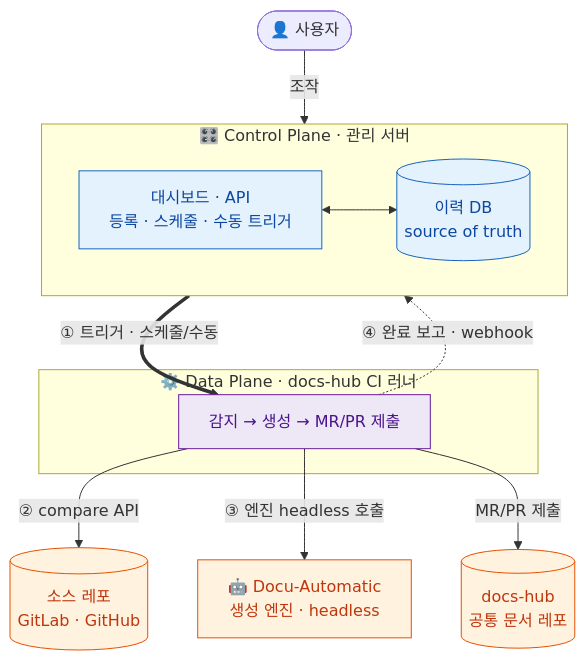
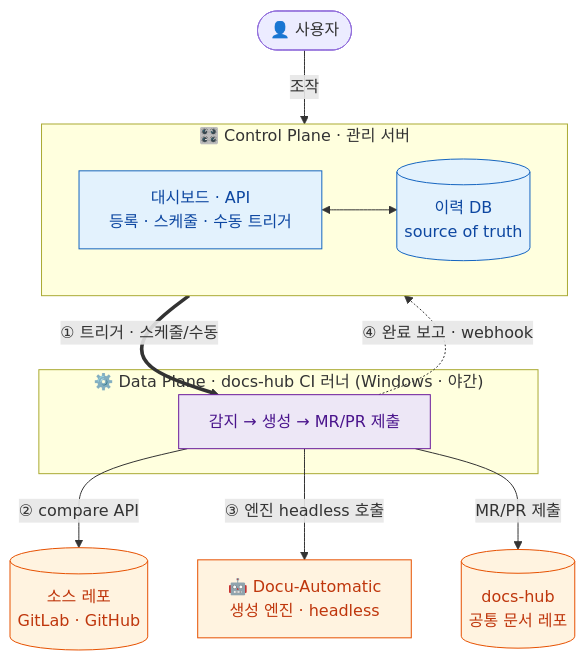
Before and after one commit to rhkdguskim/wiki-pipeline: the first of 2 diagrams in wiki/overview.md, drawn with Mermaid. The commit also changed other lines of this file and 86 other files, not shown here.

````diff
--- a/wiki/overview.md
+++ b/wiki/overview.md
@@ -15,33 +20,33 @@
 ```mermaid
 flowchart TB
     User(["👤 사용자"])
 
     subgraph CP["🎛️ Control Plane · 관리 서버"]
         direction LR
         Dash["대시보드 · API<br/>등록 · 스케줄 · 수동 트리거"]
         DB[("이력 DB<br/>source of truth")]
         Dash <--> DB
     end
 
-    subgraph DP["⚙️ Data Plane · docs-hub CI 러너"]
+    subgraph DP["⚙️ Data Plane · docs-hub CI 러너 (Windows · 야간)"]
         Runner["감지 → 생성 → MR/PR 제출"]
     end
 
     Engine["🤖 Docu-Automatic<br/>생성 엔진 · headless"]
     Src[("소스 레포<br/>GitLab · GitHub")]
     Hub[("docs-hub<br/>공통 문서 레포")]
 
     User -->|조작| Dash
     Dash ==>|"① 트리거 · 스케줄/수동"| Runner
     Runner -->|"② compare API"| Src
     Runner -->|"③ 엔진 headless 호출"| Engine
     Runner -->|"MR/PR 제출"| Hub
     Runner -. "④ 완료 보고 · webhook" .-> DB
 
     classDef control fill:#e3f2fd,stroke:#1565c0,stroke-width:1px,color:#0d47a1;
     classDef data fill:#ede7f6,stroke:#6a1b9a,stroke-width:1px,color:#4a148c;
     classDef ext fill:#fff3e0,stroke:#e65100,stroke-width:1px,color:#bf360c;
     class Dash,DB control
     class Runner data
     class Engine,Src,Hub ext
 ```
````
